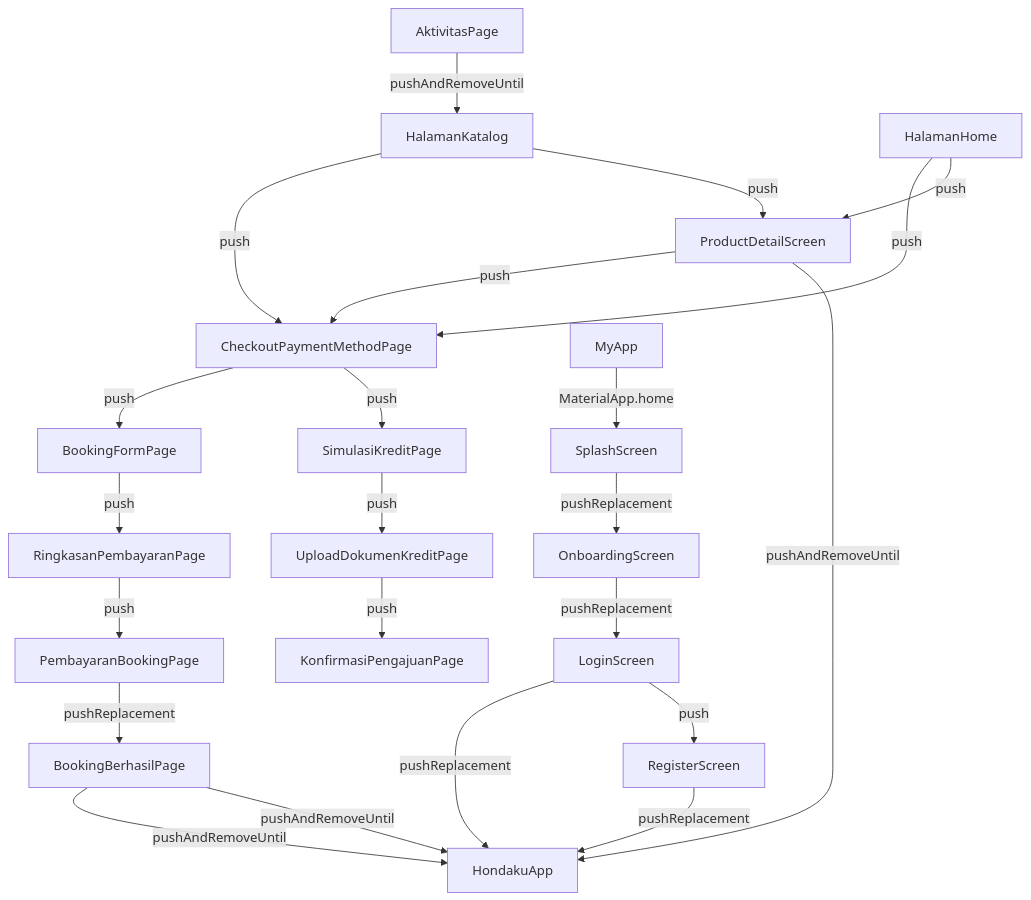
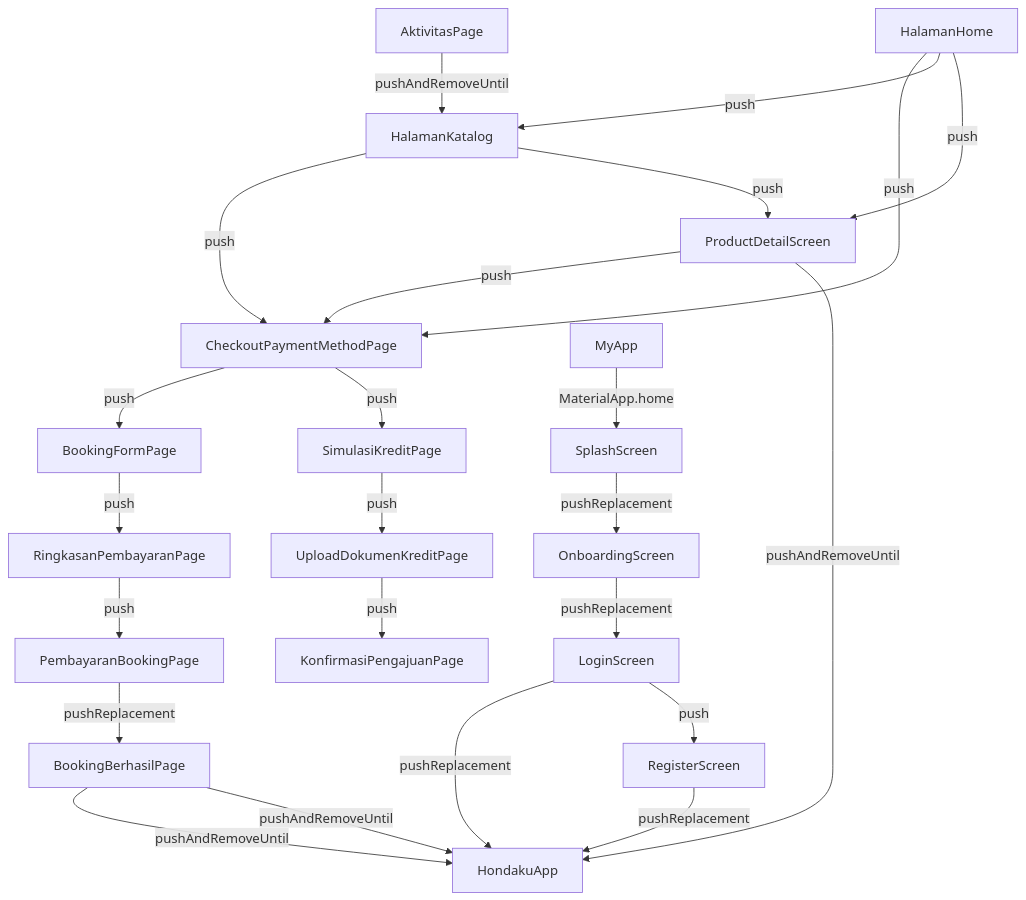
Before and after one commit to aldosebastian1/Aplikasi-Mobile-Hondaku: the diagram in flow.md, drawn with Mermaid. The commit also changed other lines of this file and 3 other files, not shown here.

````diff
--- a/flow.md
+++ b/flow.md
@@ -35,25 +35,26 @@
 ```mermaid
 flowchart TD
   AktivitasPage -->|pushAndRemoveUntil| HalamanKatalog
   BookingBerhasilPage -->|pushAndRemoveUntil| HondakuApp
   BookingBerhasilPage -->|pushAndRemoveUntil| HondakuApp
   BookingFormPage -->|push| RingkasanPembayaranPage
   CheckoutPaymentMethodPage -->|push| BookingFormPage
   CheckoutPaymentMethodPage -->|push| SimulasiKreditPage
   HalamanHome -->|push| CheckoutPaymentMethodPage
+  HalamanHome -->|push| HalamanKatalog
   HalamanHome -->|push| ProductDetailScreen
   HalamanKatalog -->|push| CheckoutPaymentMethodPage
   HalamanKatalog -->|push| ProductDetailScreen
   LoginScreen -->|pushReplacement| HondakuApp
   LoginScreen -->|push| RegisterScreen
   MyApp -->|MaterialApp.home| SplashScreen
   OnboardingScreen -->|pushReplacement| LoginScreen
   PembayaranBookingPage -->|pushReplacement| BookingBerhasilPage
   ProductDetailScreen -->|push| CheckoutPaymentMethodPage
   ProductDetailScreen -->|pushAndRemoveUntil| HondakuApp
   RegisterScreen -->|pushReplacement| HondakuApp
   RingkasanPembayaranPage -->|push| PembayaranBookingPage
   SimulasiKreditPage -->|push| UploadDokumenKreditPage
   SplashScreen -->|pushReplacement| OnboardingScreen
   UploadDokumenKreditPage -->|push| KonfirmasiPengajuanPage
 ```
````
